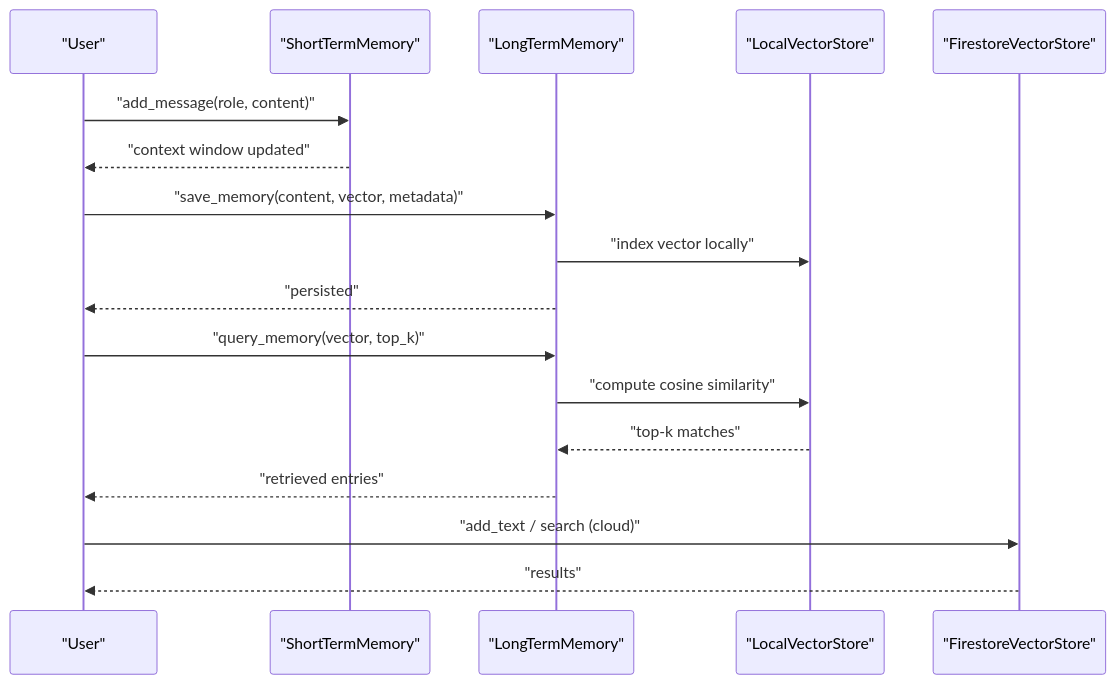
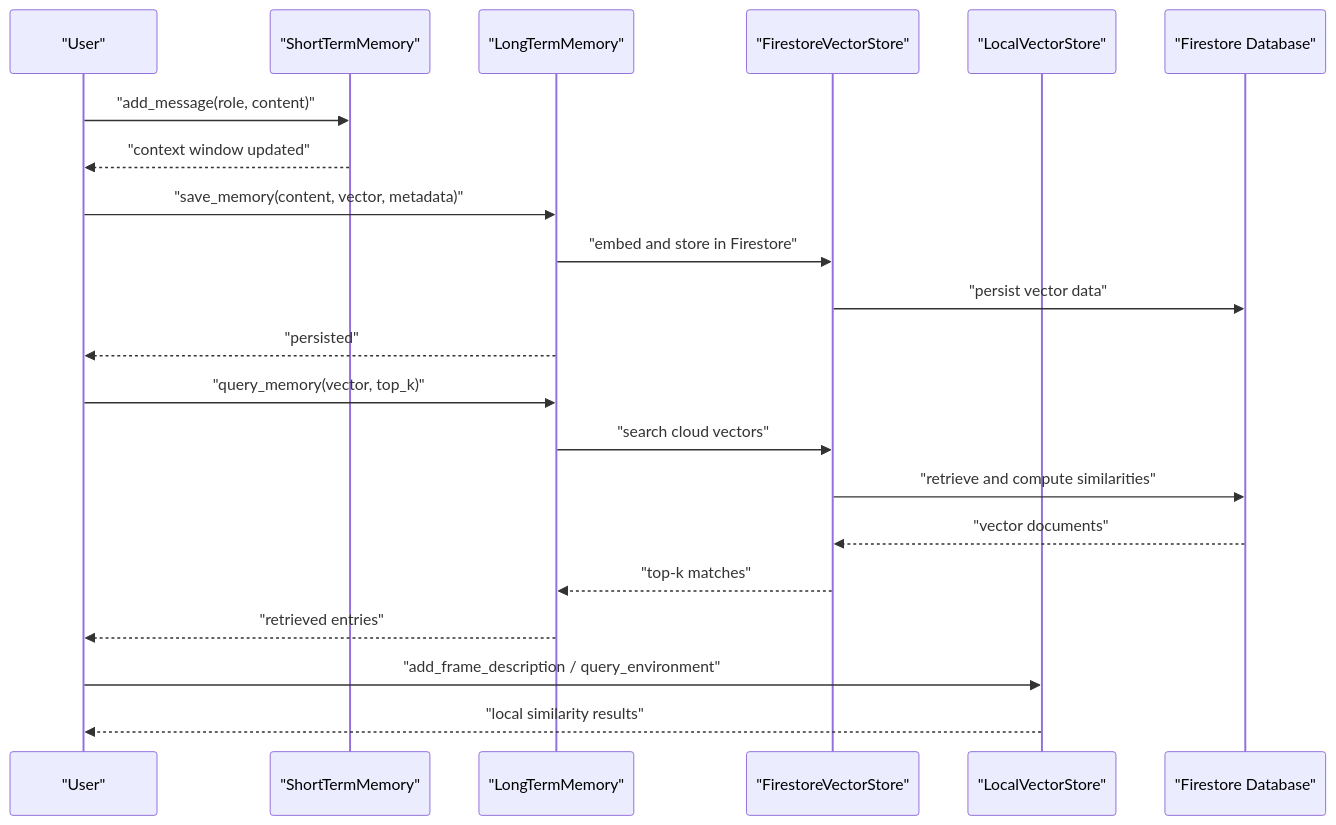
One commit to Moeabdelaziz007/Aether-Voice-OS changed the second of 8 diagrams in .qoder/repowiki/en/content/Memory and Persistence/Memory Management.md. Above: the diagram before and after it, drawn with Mermaid. The commit also changed other lines of this file and 29 other files, not shown here.

````diff
--- a/.qoder/repowiki/en/content/Memory and Persistence/Memory Management.md
+++ b/.qoder/repowiki/en/content/Memory and Persistence/Memory Management.md
@@ -96,19 +121,23 @@
 ```mermaid
 sequenceDiagram
 participant User as "User"
 participant ST as "ShortTermMemory"
 participant LT as "LongTermMemory"
-participant VS as "LocalVectorStore"
-participant FS as "FirestoreVectorStore"
+participant FVS as "FirestoreVectorStore"
+participant LV as "LocalVectorStore"
+participant FS as "Firestore Database"
 User->>ST : "add_message(role, content)"
 ST-->>User : "context window updated"
 User->>LT : "save_memory(content, vector, metadata)"
-LT->>VS : "index vector locally"
+LT->>FVS : "embed and store in Firestore"
+FVS->>FS : "persist vector data"
 LT-->>User : "persisted"
 User->>LT : "query_memory(vector, top_k)"
-LT->>VS : "compute cosine similarity"
-VS-->>LT : "top-k matches"
+LT->>FVS : "search cloud vectors"
+FVS->>FS : "retrieve and compute similarities"
+FS-->>FVS : "vector documents"
+FVS-->>LT : "top-k matches"
 LT-->>User : "retrieved entries"
-User->>FS : "add_text / search (cloud)"
-FS-->>User : "results"
+User->>LV : "add_frame_description / query_environment"
+LV-->>User : "local similarity results"
 ```
````
